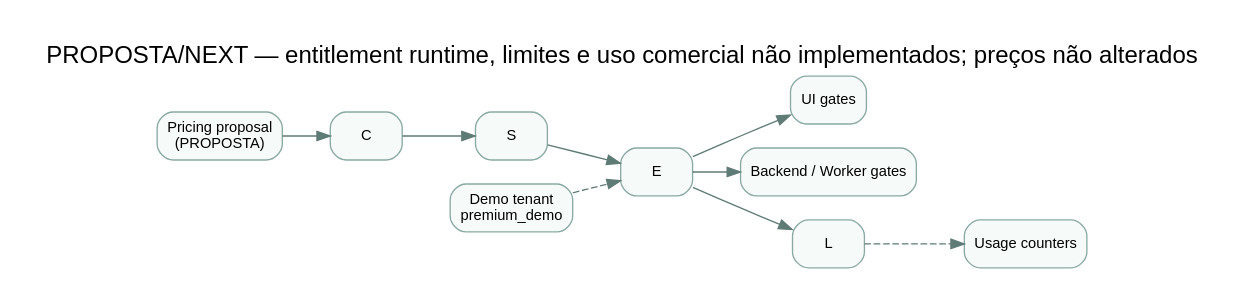
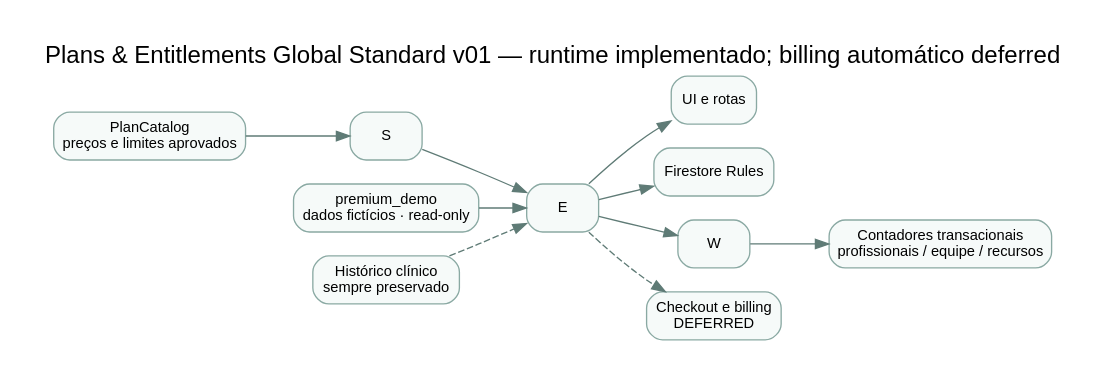
Before and after one commit to CristianoRFB/Dentista: the diagram in docs/versions/v01-multitenant-whitelabel/diagrams/source/22-pricing-entitlements.dot, drawn with Graphviz. The commit also changed 37 other files, not shown here.

```diff
--- a/docs/versions/v01-multitenant-whitelabel/diagrams/source/22-pricing-entitlements.dot
+++ b/docs/versions/v01-multitenant-whitelabel/diagrams/source/22-pricing-entitlements.dot
@@ -1,23 +1,25 @@
 digraph G {
   rankdir=LR;
-  graph [bgcolor="white", pad="0.3", label="PROPOSTA/NEXT — entitlement runtime, limites e uso comercial não implementados; preços não alterados", labelloc=t, fontsize=18, fontname="Arial"];
+  graph [bgcolor="white", pad="0.3", label="Plans & Entitlements Global Standard v01 — runtime implementado; billing automático deferred", labelloc=t, fontsize=18, fontname="Arial"];
   node [shape=box, style="rounded,filled", fillcolor="#f6faf9", color="#8aa9a3", fontname="Arial", fontsize=11];
   edge [color="#5f7b76", fontname="Arial", fontsize=9];
-  "P" [label="Pricing proposal\n(PROPOSTA)"];
-  "C" [label="C"];
+  "P" [label="PlanCatalog\npreços e limites aprovados"];
   "S" [label="S"];
   "E" [label="E"];
-  "UI" [label="UI gates"];
-  "BE" [label="Backend / Worker gates"];
-  "L" [label="L"];
-  "U" [label="Usage counters"];
-  "D" [label="Demo tenant\npremium_demo"];
-  "P" -> "C";
-  "C" -> "S";
+  "UI" [label="UI e rotas"];
+  "RULES" [label="Firestore Rules"];
+  "W" [label="W"];
+  "C" [label="Contadores transacionais\nprofissionais / equipe / recursos"];
+  "D" [label="premium_demo\ndados fictícios · read-only"];
+  "R" [label="Histórico clínico\nsempre preservado"];
+  "B" [label="Checkout e billing\nDEFERRED"];
+  "P" -> "S";
   "S" -> "E";
   "E" -> "UI";
-  "E" -> "BE";
-  "E" -> "L";
-  "L" -> "U" [style=dashed];
-  "D" -> "E" [style=dashed];
+  "E" -> "RULES";
+  "E" -> "W";
+  "W" -> "C";
+  "D" -> "E";
+  "R" -> "E" [style=dashed];
+  "E" -> "B" [style=dashed];
 }
```
